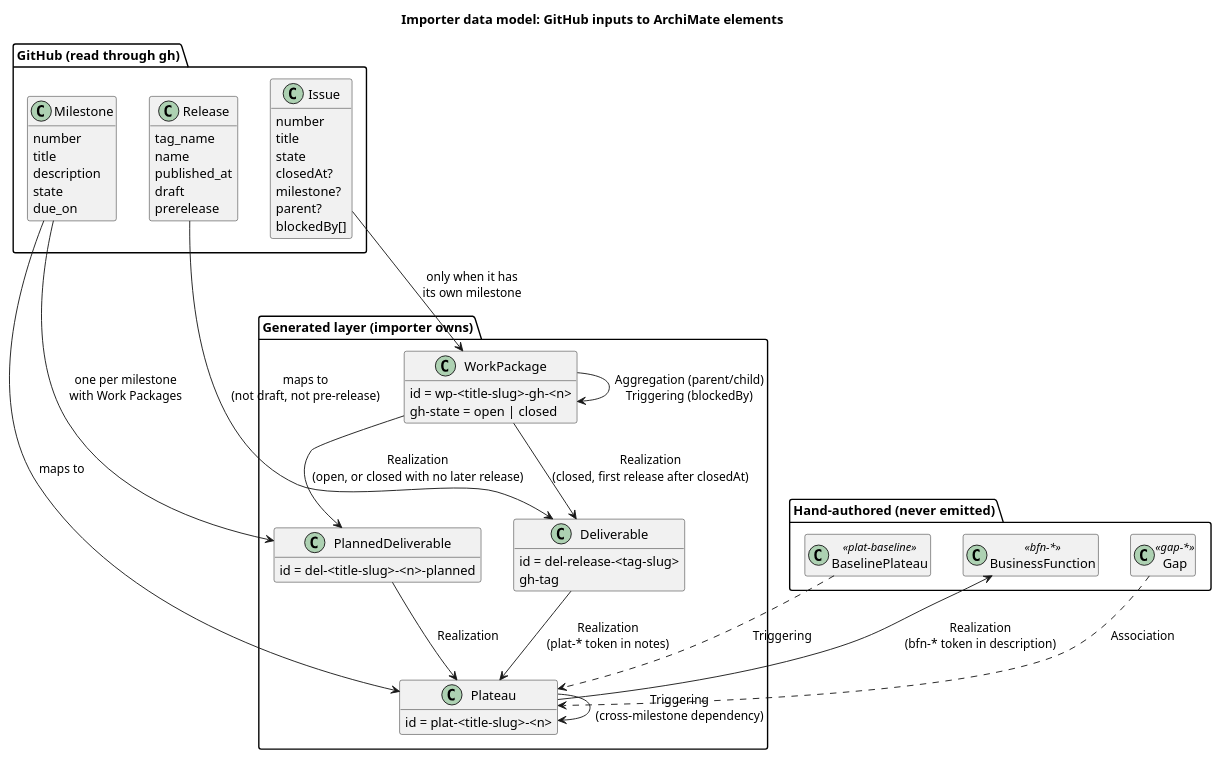
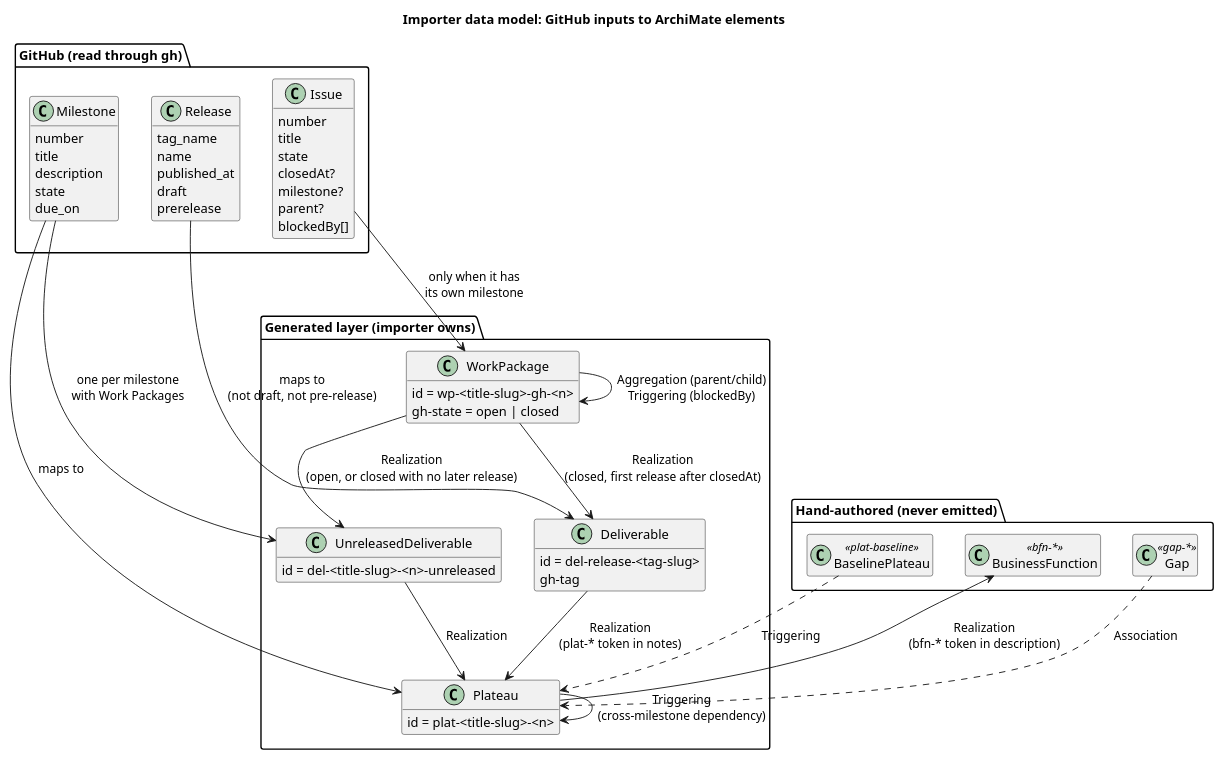
The first of 2 diagrams in specs/003-gh-roadmap-archimate/data-model.md (wolffy-au/frictionless-architect), drawn with PlantUML before and after one commit. The commit also changed other lines of this file and 18 other files, not shown here.

First line of the commit message:
refactor(model): call imported milestone Deliverables unreleased

````diff
--- a/specs/003-gh-roadmap-archimate/data-model.md
+++ b/specs/003-gh-roadmap-archimate/data-model.md
@@ -16,70 +16,70 @@
 ```plantuml
 @startuml
 title Importer data model: GitHub inputs to ArchiMate elements
 skinparam classAttributeIconSize 0
 hide empty members
 
 package "GitHub (read through gh)" {
   class Milestone {
     number
     title
     description
     state
     due_on
   }
   class Release {
     tag_name
     name
     published_at
     draft
     prerelease
   }
   class Issue {
     number
     title
     state
     closedAt?
     milestone?
     parent?
     blockedBy[]
   }
 }
 
 package "Generated layer (importer owns)" {
   class Plateau {
     id = plat-<title-slug>-<n>
   }
   class Deliverable {
     id = del-release-<tag-slug>
     gh-tag
   }
-  class PlannedDeliverable {
-    id = del-<title-slug>-<n>-planned
+  class UnreleasedDeliverable {
+    id = del-<title-slug>-<n>-unreleased
   }
   class WorkPackage {
     id = wp-<title-slug>-gh-<n>
     gh-state = open | closed
   }
 }
 
 package "Hand-authored (never emitted)" {
   class BusinessFunction <<bfn-*>>
   class Gap <<gap-*>>
   class BaselinePlateau <<plat-baseline>>
 }
 
 Milestone --> Plateau : maps to
 Release --> Deliverable : maps to\n(not draft, not pre-release)
-Milestone --> PlannedDeliverable : one per milestone\nwith Work Packages
+Milestone --> UnreleasedDeliverable : one per milestone\nwith Work Packages
 Issue --> WorkPackage : only when it has\nits own milestone
-WorkPackage --> PlannedDeliverable : Realization\n(open, or closed with no later release)
+WorkPackage --> UnreleasedDeliverable : Realization\n(open, or closed with no later release)
 WorkPackage --> Deliverable : Realization\n(closed, first release after closedAt)
-PlannedDeliverable --> Plateau : Realization
+UnreleasedDeliverable --> Plateau : Realization
 Deliverable --> Plateau : Realization\n(plat-* token in notes)
 Plateau --> BusinessFunction : Realization\n(bfn-* token in description)
 WorkPackage --> WorkPackage : Aggregation (parent/child)\nTriggering (blockedBy)
 Plateau --> Plateau : Triggering\n(cross-milestone dependency)
 Gap ..> Plateau : Association
 BaselinePlateau ..> Plateau : Triggering
 @enduml
 ```
````
